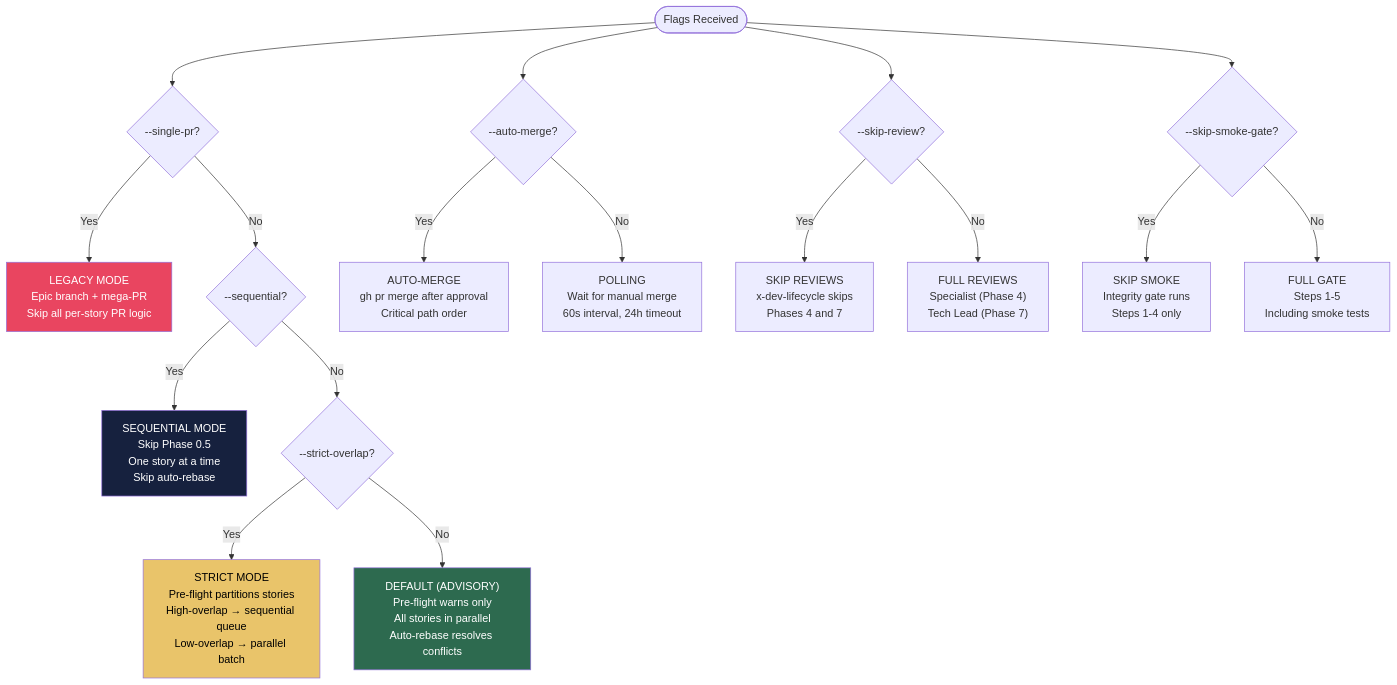
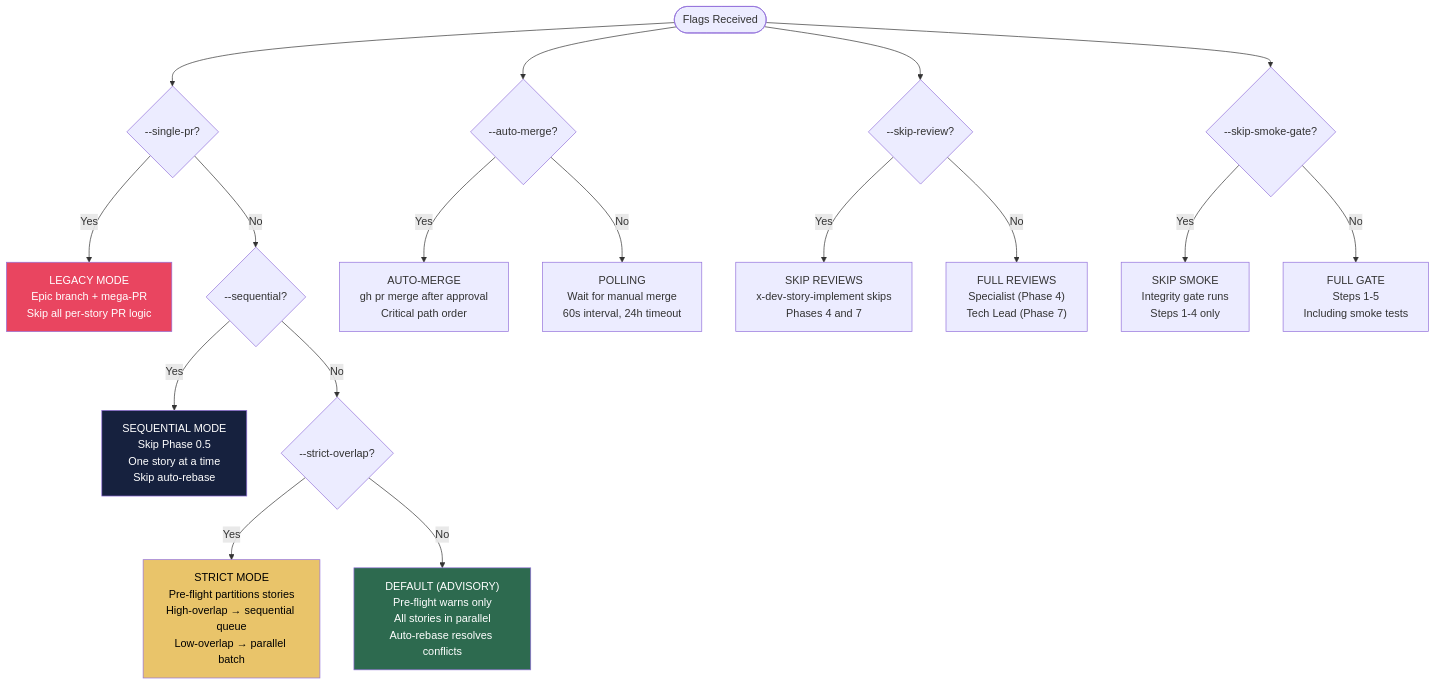
One commit to edercnj/ia-dev-environment changed the fifth of 8 diagrams in java/src/main/resources/targets/claude/skills/core/x-dev-epic-implement/README.md. Above: the diagram before and after it, drawn with Mermaid. The commit also changed other lines of this file and 149 other files, not shown here.

````diff
--- a/java/src/main/resources/targets/claude/skills/core/x-dev-epic-implement/README.md
+++ b/java/src/main/resources/targets/claude/skills/core/x-dev-epic-implement/README.md
@@ -249,29 +249,29 @@
 ```mermaid
 flowchart TD
     FLAGS([Flags Received]) --> F1{--single-pr?}
     F1 -->|Yes| LEGACY["LEGACY MODE<br/>Epic branch + mega-PR<br/>Skip all per-story PR logic"]
     F1 -->|No| F2{--sequential?}
 
     F2 -->|Yes| SEQMODE["SEQUENTIAL MODE<br/>Skip Phase 0.5<br/>One story at a time<br/>Skip auto-rebase"]
     F2 -->|No| F3{--strict-overlap?}
 
     F3 -->|Yes| STRICT["STRICT MODE<br/>Pre-flight partitions stories<br/>High-overlap → sequential queue<br/>Low-overlap → parallel batch"]
     F3 -->|No| ADVISORY["DEFAULT (ADVISORY)<br/>Pre-flight warns only<br/>All stories in parallel<br/>Auto-rebase resolves conflicts"]
 
     FLAGS --> F4{--auto-merge?}
     F4 -->|Yes| AUTO["AUTO-MERGE<br/>gh pr merge after approval<br/>Critical path order"]
     F4 -->|No| POLL["POLLING<br/>Wait for manual merge<br/>60s interval, 24h timeout"]
 
     FLAGS --> F5{--skip-review?}
-    F5 -->|Yes| NOREVIEW["SKIP REVIEWS<br/>x-dev-lifecycle skips<br/>Phases 4 and 7"]
+    F5 -->|Yes| NOREVIEW["SKIP REVIEWS<br/>x-dev-story-implement skips<br/>Phases 4 and 7"]
     F5 -->|No| FULLREVIEW["FULL REVIEWS<br/>Specialist (Phase 4)<br/>Tech Lead (Phase 7)"]
 
     FLAGS --> F6{--skip-smoke-gate?}
     F6 -->|Yes| NOSMOKE["SKIP SMOKE<br/>Integrity gate runs<br/>Steps 1-4 only"]
     F6 -->|No| FULLSMOKE["FULL GATE<br/>Steps 1-5<br/>Including smoke tests"]
 
     style LEGACY fill:#e94560,color:#fff
     style ADVISORY fill:#2d6a4f,color:#fff
     style STRICT fill:#e9c46a,color:#000
     style SEQMODE fill:#16213e,color:#fff
 ```
````
